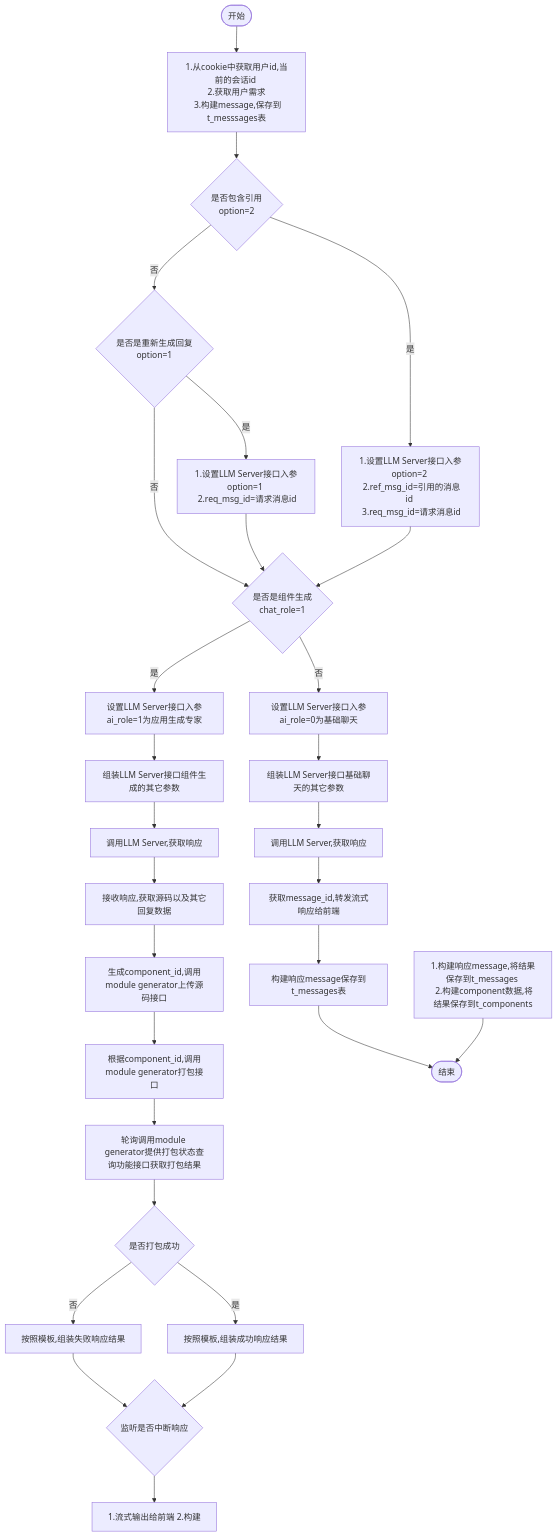
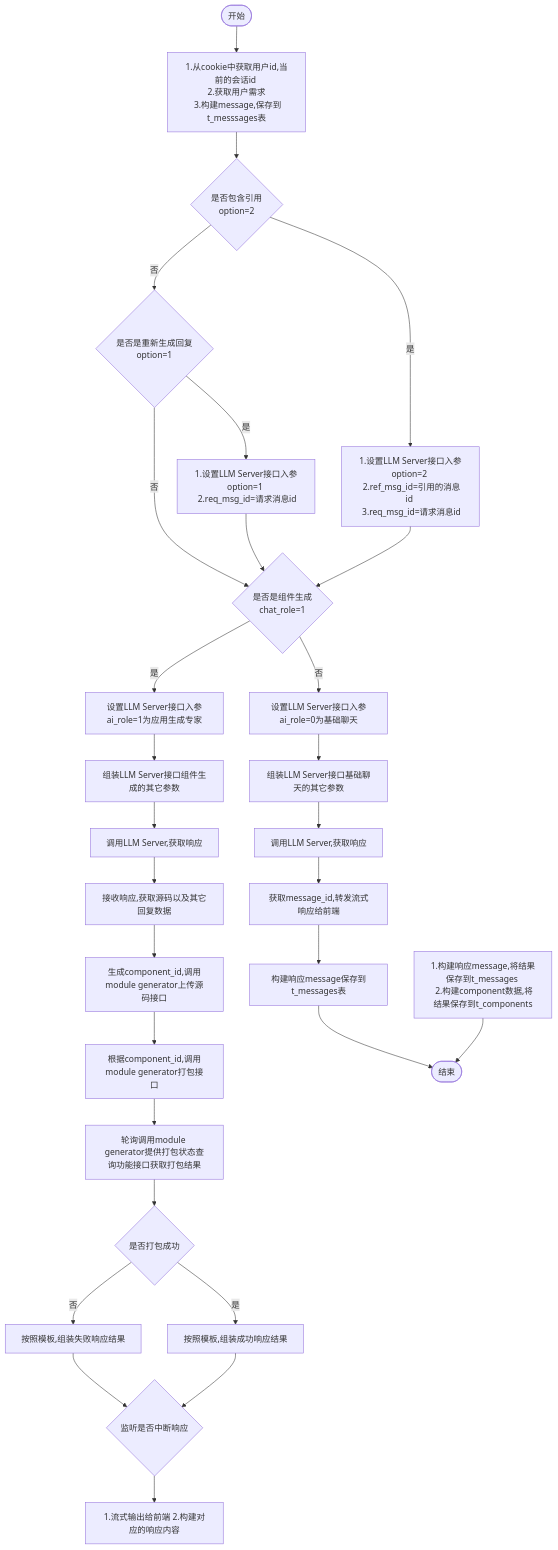
One commit to yingjianzh/iodraw-files changed the diagram in all/w3-会话-不需要传递message.md. Above: the diagram before and after it, drawn with Mermaid.

Commit message:
2024-10-15 15:14:12 update

````diff
--- a/all/w3-会话-不需要传递message.md
+++ b/all/w3-会话-不需要传递message.md
@@ -1,36 +1,36 @@
 ```mermaid
 flowchart TD
     A([开始]) --> B[1.从cookie中获取用户id,当前的会话id \n 2.获取用户需求 \n 3.构建message,保存到t_messsages表]
     B--> D{是否包含引用 \n option=2}
     D -- 是 --> E[1.设置LLM Server接口入参option=2 \n 2.ref_msg_id=引用的消息id \n 3.req_msg_id=请求消息id]
     D -- 否 --> F{是否是重新生成回复\n option=1}
     F -- 是 --> G[1.设置LLM Server接口入参option=1 \n 2.req_msg_id=请求消息id]
     F -- 否 --> I
      
     E & G --> I{是否是组件生成 \n chat_role=1}
     I -- 否 --> K[设置LLM Server接口入参ai_role=0为基础聊天]
     I -- 是 --> J[设置LLM Server接口入参ai_role=1为应用生成专家]
     
 
     J --> L[组装LLM Server接口组件生成的其它参数]    
     K --> M[组装LLM Server接口基础聊天的其它参数]    
     M --> N[调用LLM Server,获取响应]    
     N --> O[获取message_id,转发流式响应给前端]
     O --> P[构建响应message保存到t_messages表]
     P --> R([结束])
 
 
     L --> S[调用LLM Server,获取响应]
     S --> T[接收响应,获取源码以及其它回复数据]
     T --> U[生成component_id,调用module generator上传源码接口]
     U --> V[根据component_id,调用module generator打包接口]
     V --> W[轮询调用module generator提供打包状态查询功能接口获取打包结果]
     W --> X{是否打包成功}
     X -- 是 --> Y[按照模板,组装成功响应结果]
     X -- 否 --> Z[按照模板,组装失败响应结果]
     Y & Z --> Done{监听是否中断响应}
-    Done --> OutPut[1.流式输出给前端 2.构建]
+    Done --> OutPut[1.流式输出给前端 2.构建对应的响应内容]
 
     Result[1.构建响应message,将结果保存到t_messages \n 2.构建component数据,将结果保存到t_components]
     Result --> R
 ```
````
